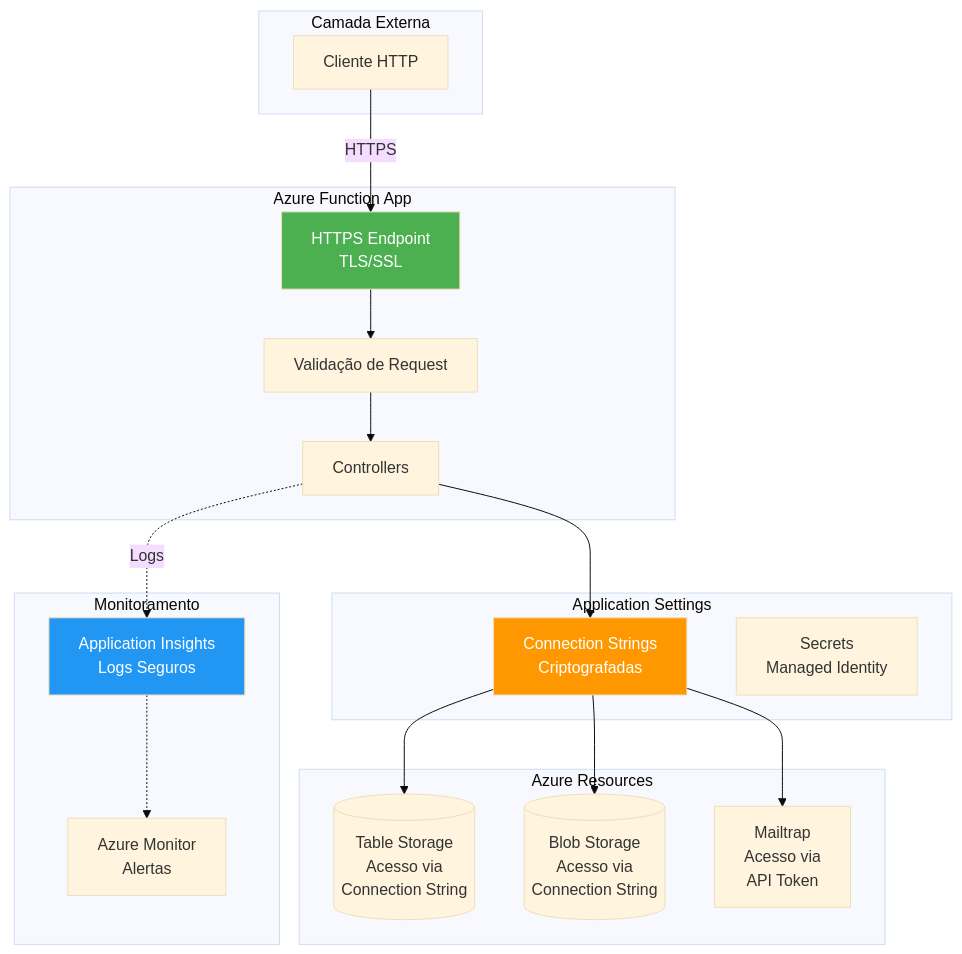
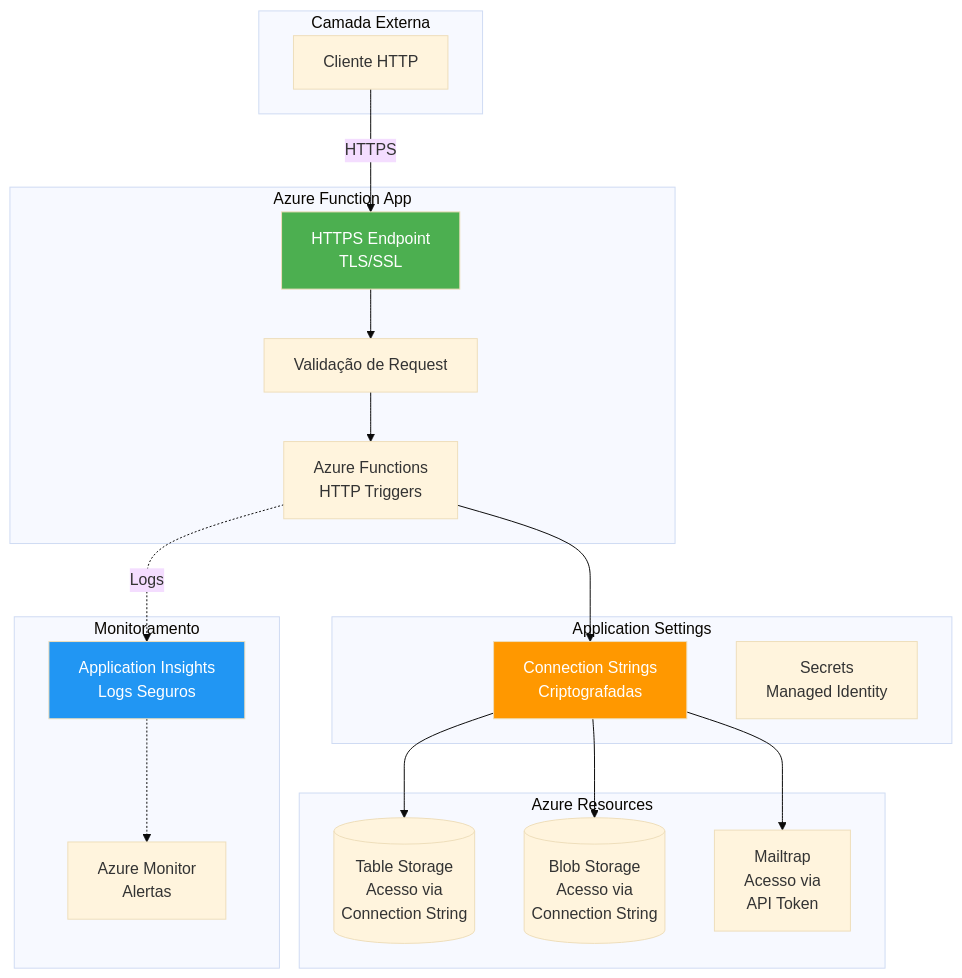
One commit to luizffdemoraes/feedback-sync changed the eighth of 8 diagrams in README.md. Above: the diagram before and after it, drawn with Mermaid (base theme). The commit also changed other lines of this file and 32 other files, not shown here.

````diff
--- a/README.md
+++ b/README.md
@@ -638,42 +598,42 @@
 ```mermaid
 graph TB
     subgraph "Camada Externa"
         Client[Cliente HTTP]
     end
 
     subgraph "Azure Function App"
         HTTPS[HTTPS Endpoint<br/>TLS/SSL]
         Auth[Validação de Request]
-        Controller[Controllers]
+        Handlers[Azure Functions<br/>HTTP Triggers]
     end
 
     subgraph "Application Settings"
         ConnStrings[Connection Strings<br/>Criptografadas]
         Secrets[Secrets<br/>Managed Identity]
     end
 
     subgraph "Azure Resources"
         Table[(Table Storage<br/>Acesso via<br/>Connection String)]
         Blob[(Blob Storage<br/>Acesso via<br/>Connection String)]
         Mailtrap[Mailtrap<br/>Acesso via<br/>API Token]
     end
 
     subgraph "Monitoramento"
         AppInsights[Application Insights<br/>Logs Seguros]
         Monitor[Azure Monitor<br/>Alertas]
     end
 
     Client -->|HTTPS| HTTPS
     HTTPS --> Auth
-    Auth --> Controller
-    Controller --> ConnStrings
+    Auth --> Handlers
+    Handlers --> ConnStrings
     ConnStrings --> Table
     ConnStrings --> Blob
     ConnStrings --> Mailtrap
-    Controller -.->|Logs| AppInsights
+    Handlers -.->|Logs| AppInsights
     AppInsights -.-> Monitor
 
     style HTTPS fill:#4CAF50,color:#fff
     style ConnStrings fill:#FF9800,color:#fff
     style AppInsights fill:#2196F3,color:#fff
 ```
````
